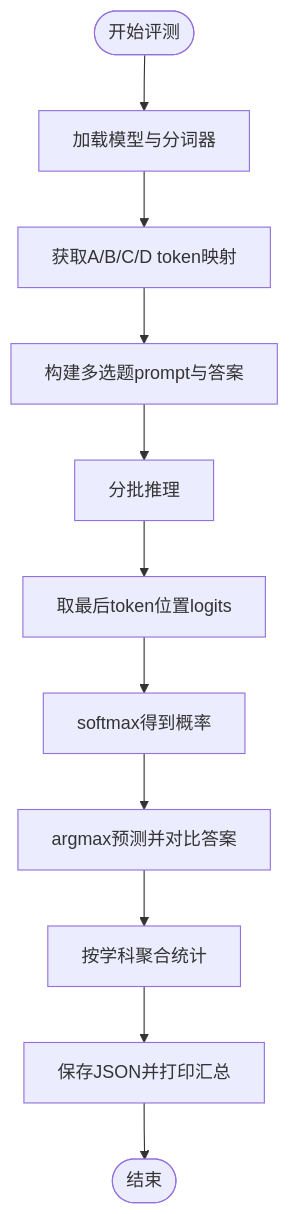
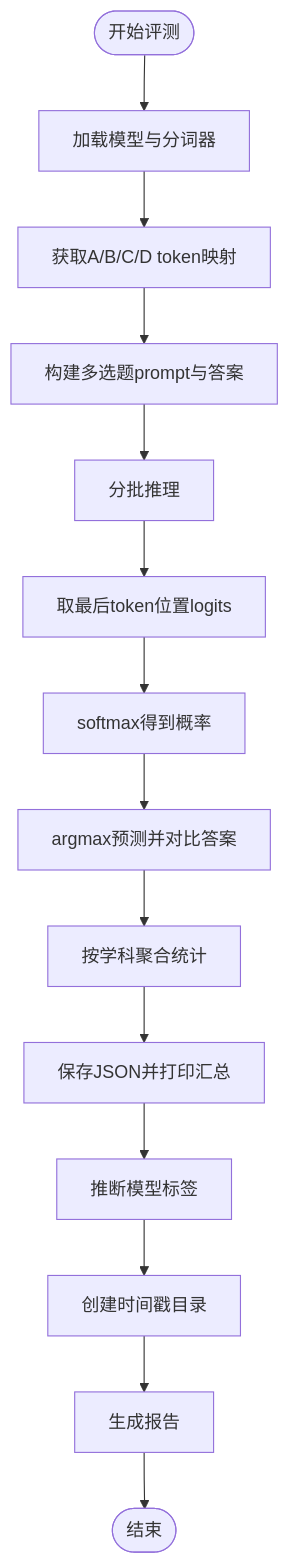
The third of 7 diagrams in .qoder/repowiki/zh/content/实验与评估/实验与评估.md (shiyukonghui/minimind), drawn with Mermaid before and after one commit. The commit also changed other lines of this file and 5 other files, not shown here.

````diff
--- a/.qoder/repowiki/zh/content/实验与评估/实验与评估.md
+++ b/.qoder/repowiki/zh/content/实验与评估/实验与评估.md
@@ -160,13 +183,16 @@
 ```mermaid
 flowchart TD
 Start(["开始评测"]) --> LoadModel["加载模型与分词器"]
 LoadModel --> GetTokens["获取A/B/C/D token映射"]
 GetTokens --> BuildPrompts["构建多选题prompt与答案"]
 BuildPrompts --> BatchIter["分批推理"]
 BatchIter --> ExtractLogits["取最后token位置logits"]
 ExtractLogits --> Softmax["softmax得到概率"]
 Softmax --> Predict["argmax预测并对比答案"]
 Predict --> Aggregate["按学科聚合统计"]
 Aggregate --> Save["保存JSON并打印汇总"]
-Save --> End(["结束"])
+Save --> LabelInfer["推断模型标签"]
+LabelInfer --> TimeStampDir["创建时间戳目录"]
+TimeStampDir --> GenerateReport["生成报告"]
+GenerateReport --> End(["结束"])
 ```
````
